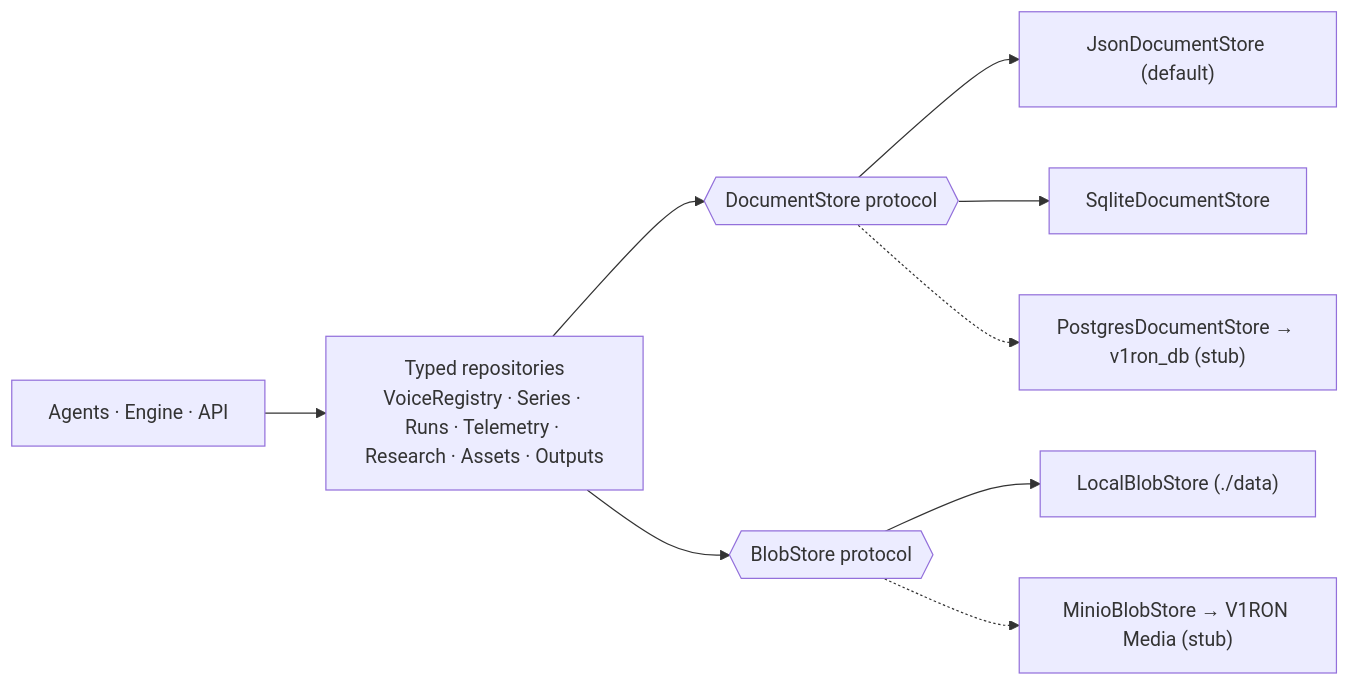
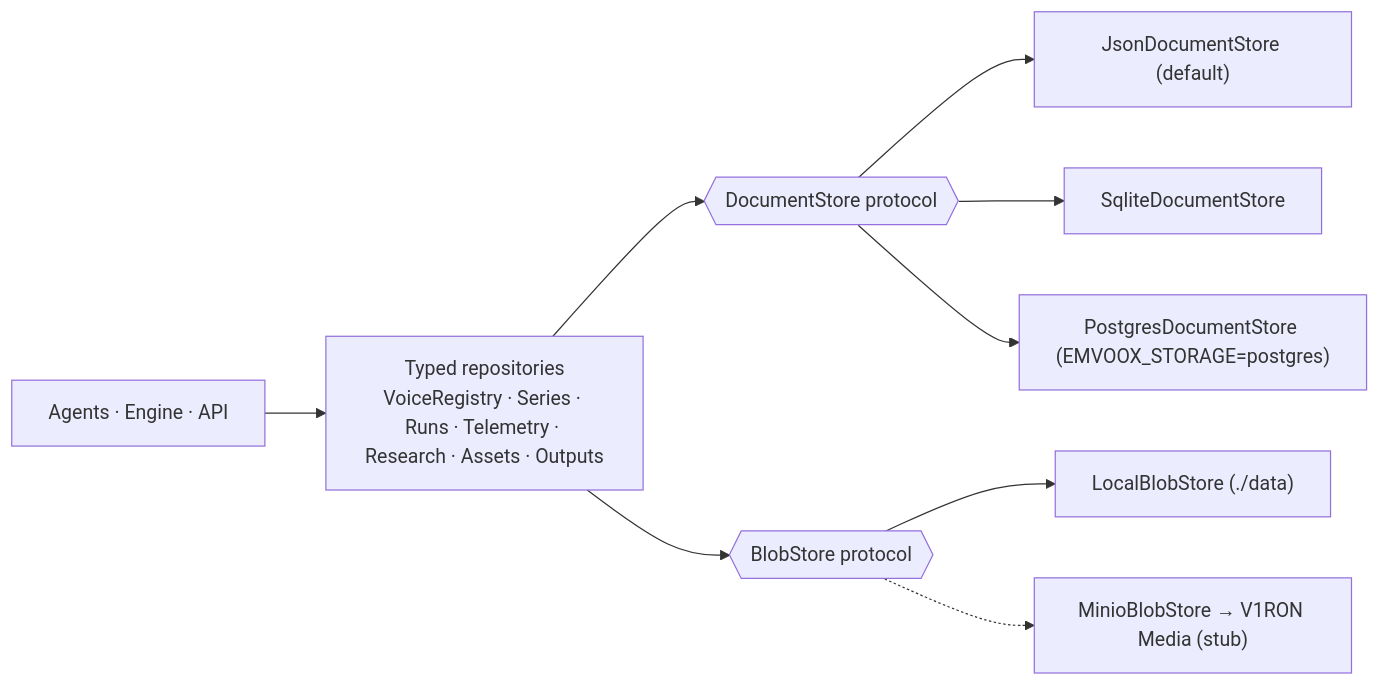
The third of 3 diagrams in docs/ARCHITECTURE.md (dhp-exe/ai-audio), drawn with Mermaid before and after one commit. The commit also changed other lines of this file and 96 other files, not shown here.

First line of the commit message:
feat: workflow graph, durable runs, agent runtime and Producer chat

````diff
--- a/docs/ARCHITECTURE.md
+++ b/docs/ARCHITECTURE.md
@@ -239,11 +310,11 @@
 ```mermaid
 flowchart LR
   A["Agents · Engine · API"] --> R["Typed repositories<br/>VoiceRegistry · Series · Runs · Telemetry · Research · Assets · Outputs"]
   R --> D{{"DocumentStore protocol"}}
   R --> B{{"BlobStore protocol"}}
   D --> J["JsonDocumentStore (default)"]
   D --> S["SqliteDocumentStore"]
-  D -.-> P["PostgresDocumentStore → v1ron_db (stub)"]
+  D --> P["PostgresDocumentStore (EMVOOX_STORAGE=postgres)"]
   B --> L["LocalBlobStore (./data)"]
   B -.-> M["MinioBlobStore → V1RON Media (stub)"]
 ```
````
